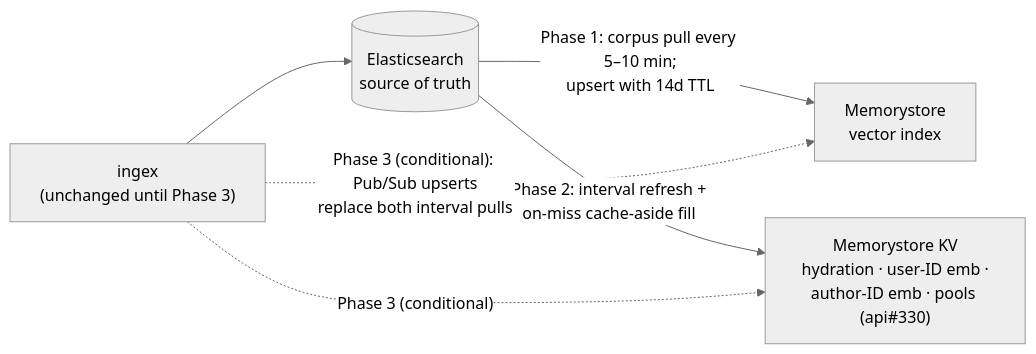
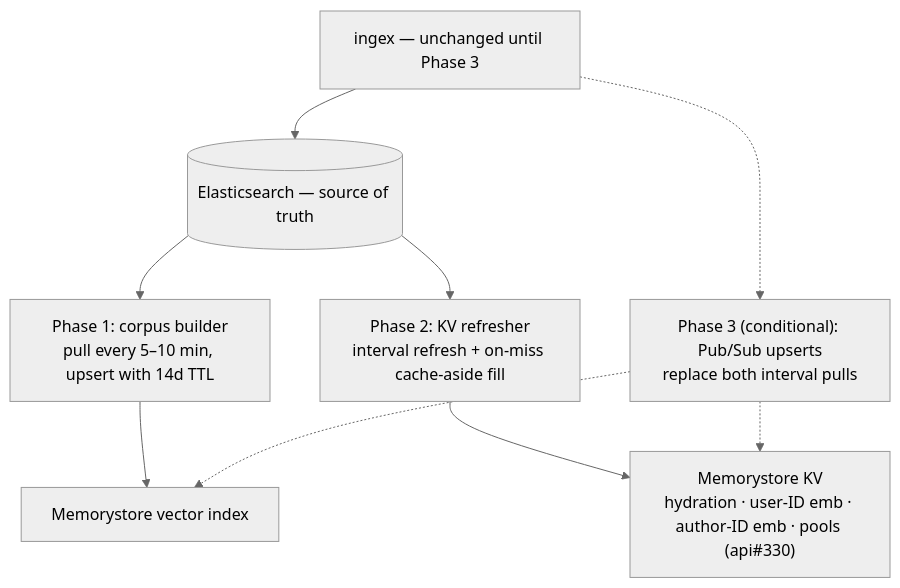
The second of 4 diagrams in docs/design/feeds-datastore-redesign.md (greenearth-social/api), drawn with Mermaid (neutral theme) before and after one commit. The commit also changed other lines of this file, not shown here.

Commit message:
Review feedback: reorder traction mechanisms and index-home options; add algorithm requirements column; linearize workload/background diagrams

````diff
--- a/docs/design/feeds-datastore-redesign.md
+++ b/docs/design/feeds-datastore-redesign.md
@@ -137,8 +139,11 @@
 ```mermaid
-flowchart LR
-    ING["ingex<br/>(unchanged until Phase 3)"] --> ES[(Elasticsearch<br/>source of truth)]
-    ES -->|"Phase 1: corpus pull every 5–10 min;<br/>upsert with 14d TTL"| ANN["Memorystore<br/>vector index"]
-    ES -->|"Phase 2: interval refresh +<br/>on-miss cache-aside fill"| KV["Memorystore KV<br/>hydration · user-ID emb ·<br/>author-ID emb · pools (api#330)"]
-    ING -. "Phase 3 (conditional): Pub/Sub upserts<br/>replace both interval pulls" .-> ANN
-    ING -. "Phase 3 (conditional)" .-> KV
+flowchart TB
+    ING["ingex — unchanged until Phase 3"] --> ES[("Elasticsearch — source of truth")]
+    ES --> B1["Phase 1: corpus builder<br/>pull every 5–10 min, upsert with 14d TTL"]
+    B1 --> ANN["Memorystore vector index"]
+    ES --> B2["Phase 2: KV refresher<br/>interval refresh + on-miss cache-aside fill"]
+    B2 --> KV["Memorystore KV<br/>hydration · user-ID emb · author-ID emb · pools (api#330)"]
+    ING -.-> B3["Phase 3 (conditional): Pub/Sub upserts<br/>replace both interval pulls"]
+    B3 -.-> ANN
+    B3 -.-> KV
 ```
````
